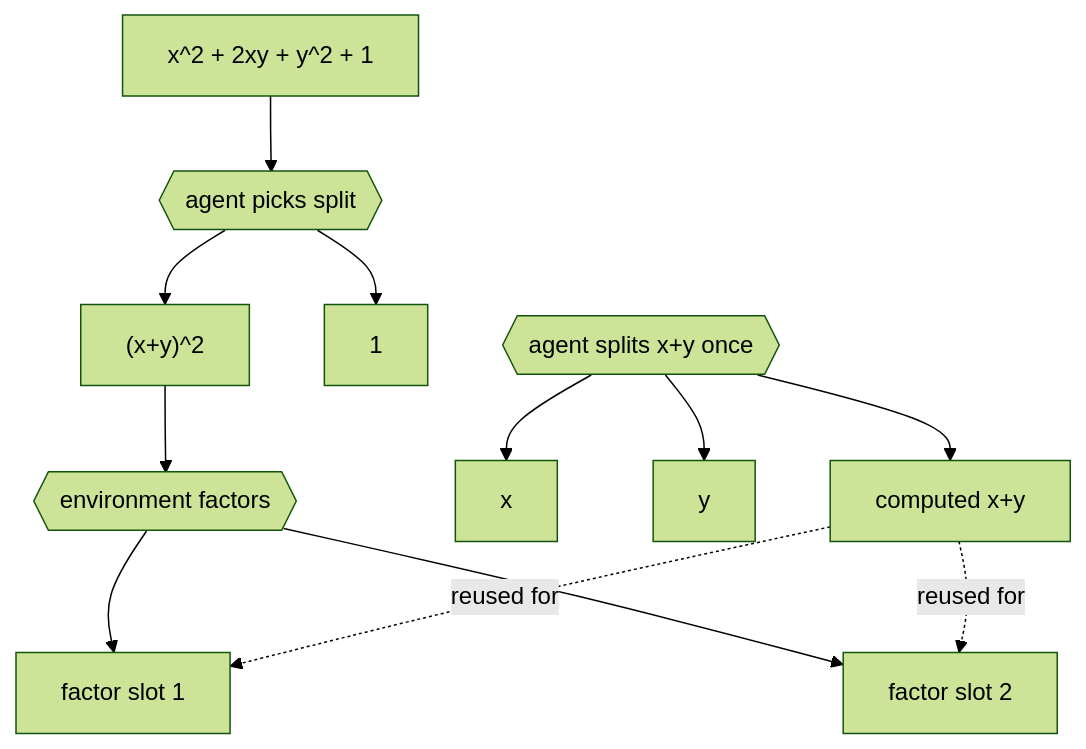
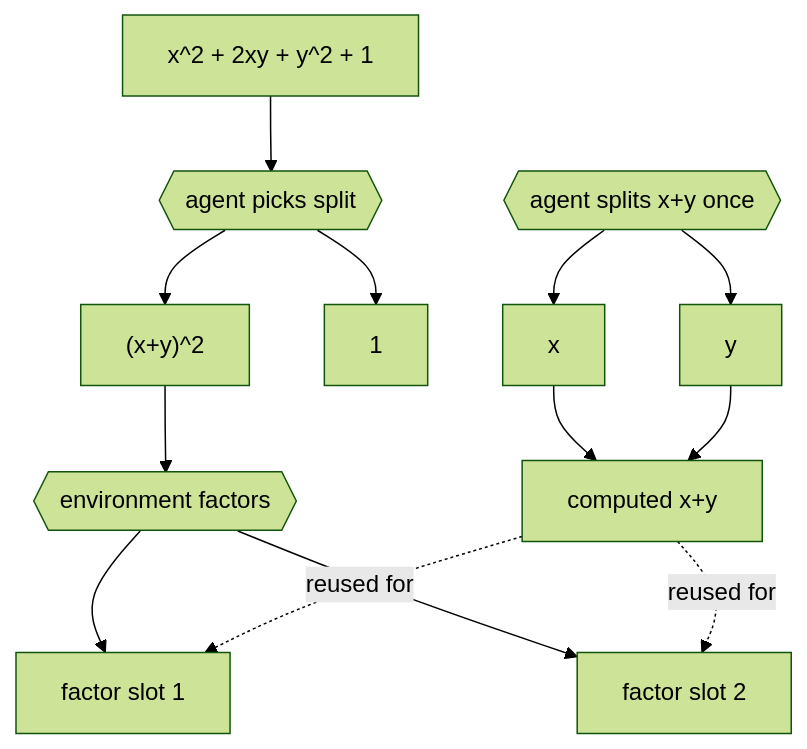
Before and after one commit to uw-math-ai/PolyArithmeticCircuitsRL: the second of 2 diagrams in README.md, drawn with Mermaid (forest theme). The commit also changed other lines of this file, not shown here.

Commit message:
docs: polish split-point example wording
Agent-Logs-Url: https://github.com/uw-math-ai/PolyArithmeticCircuitsRL/sessions/dae14eb3-8823-47ff-b1c9-b864d5a88c33

````diff
--- a/README.md
+++ b/README.md
@@ -141,14 +141,15 @@
 ```mermaid
 flowchart TD
     f2["x^2 + 2xy + y^2 + 1"] --> s2{{agent picks split}}
     s2 --> sq["(x+y)^2"]
     s2 --> one["1"]
     sq --> ef2{{environment factors}}
     ef2 --> slot1["factor slot 1"]
     ef2 --> slot2["factor slot 2"]
     s3{{agent splits x+y once}} --> x["x"]
     s3 --> y["y"]
-    s3 --> xyres["computed x+y"]
+    x --> xyres["computed x+y"]
+    y --> xyres
     xyres -. reused for .-> slot1
     xyres -. reused for .-> slot2
 ```
````
